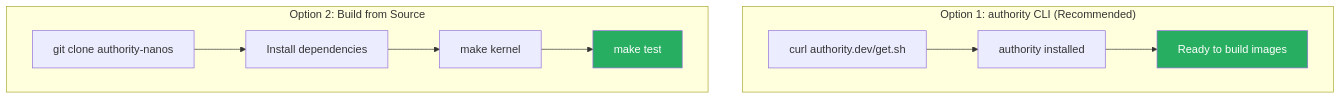
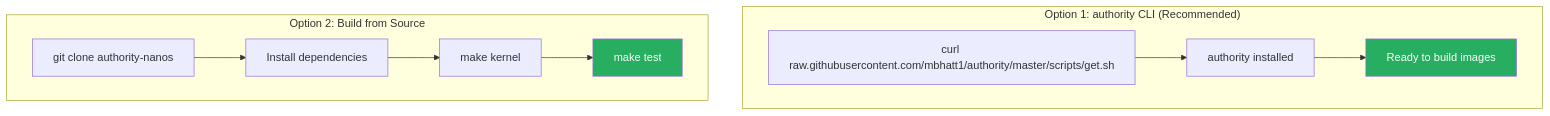
One commit to mbhatt1/authority changed the first of 2 diagrams in docs/getting-started/installation.md. Above: the diagram before and after it, drawn with Mermaid. The commit also changed other lines of this file and 16 other files, not shown here.

First line of the commit message:
docs/scripts: align all links with the GitHub repo (drop authority.dev)

````diff
--- a/docs/getting-started/installation.md
+++ b/docs/getting-started/installation.md
@@ -9,22 +9,22 @@
 ```mermaid
 flowchart TB
     subgraph "Option 1: authority CLI (Recommended)"
-        OPS_CURL[curl authority.dev/get.sh]
+        OPS_CURL[curl raw.githubusercontent.com/mbhatt1/authority/master/scripts/get.sh]
         OPS_INSTALL[authority installed]
         OPS_READY[Ready to build images]
 
         OPS_CURL --> OPS_INSTALL --> OPS_READY
     end
 
     subgraph "Option 2: Build from Source"
         SRC_CLONE[git clone authority-nanos]
         SRC_DEPS[Install dependencies]
         SRC_BUILD[make kernel]
         SRC_TEST[make test]
 
         SRC_CLONE --> SRC_DEPS --> SRC_BUILD --> SRC_TEST
     end
 
     style OPS_READY fill:#27ae60,color:#fff
     style SRC_TEST fill:#27ae60,color:#fff
 ```
````
